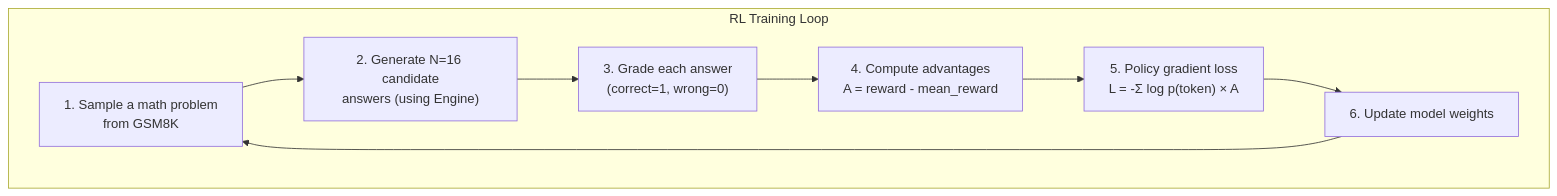
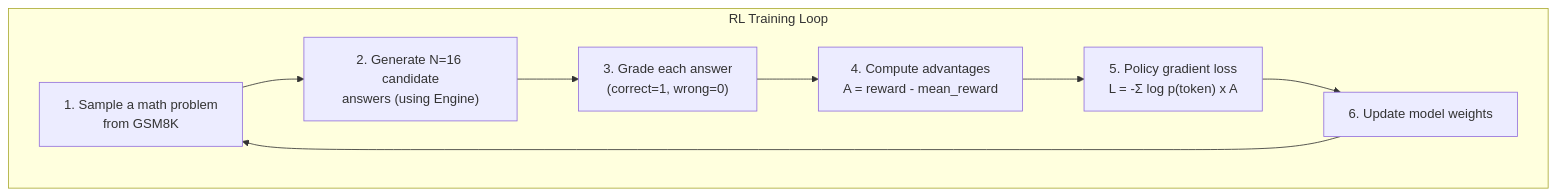
One commit to meever/nanochat changed the fourth of 7 diagrams in learn/09_chat_sft_rl.md. Above: the diagram before and after it, drawn with Mermaid. The commit also changed other lines of this file and 11 other files, not shown here.

````diff
--- a/learn/09_chat_sft_rl.md
+++ b/learn/09_chat_sft_rl.md
@@ -145,11 +145,11 @@
 ```mermaid
 flowchart TD
   subgraph RLLoop["RL Training Loop"]
     Q["1. Sample a math problem\nfrom GSM8K"] --> Gen["2. Generate N=16 candidate\nanswers (using Engine)"]
     Gen --> Grade["3. Grade each answer\n(correct=1, wrong=0)"]
     Grade --> Adv["4. Compute advantages\nA = reward - mean_reward"]
-    Adv --> Loss["5. Policy gradient loss\nL = -Σ log p(token) × A"]
+    Adv --> Loss["5. Policy gradient loss\nL = -Σ log p(token) x A"]
     Loss --> Update["6. Update model weights"]
     Update --> Q
   end
 ```
````
